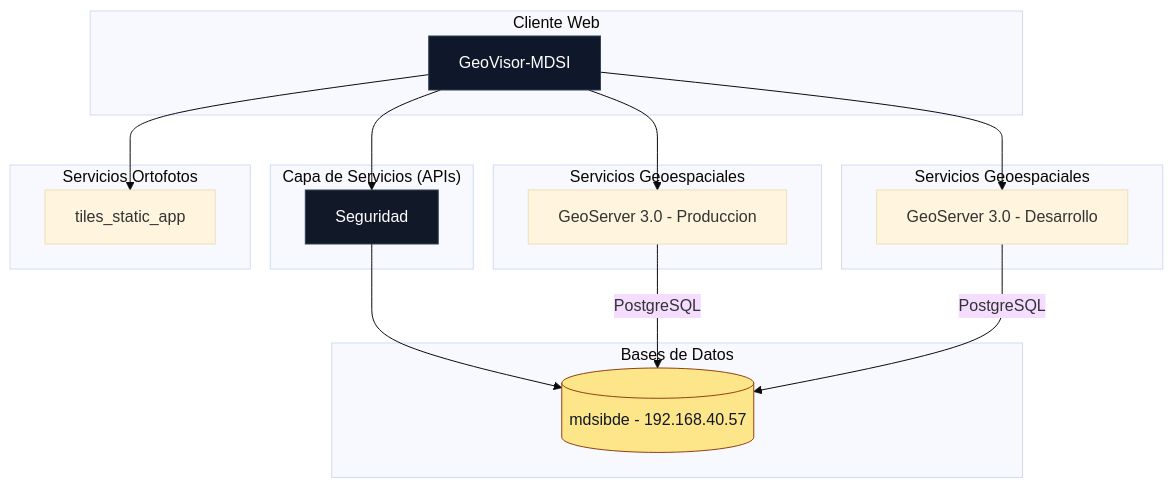
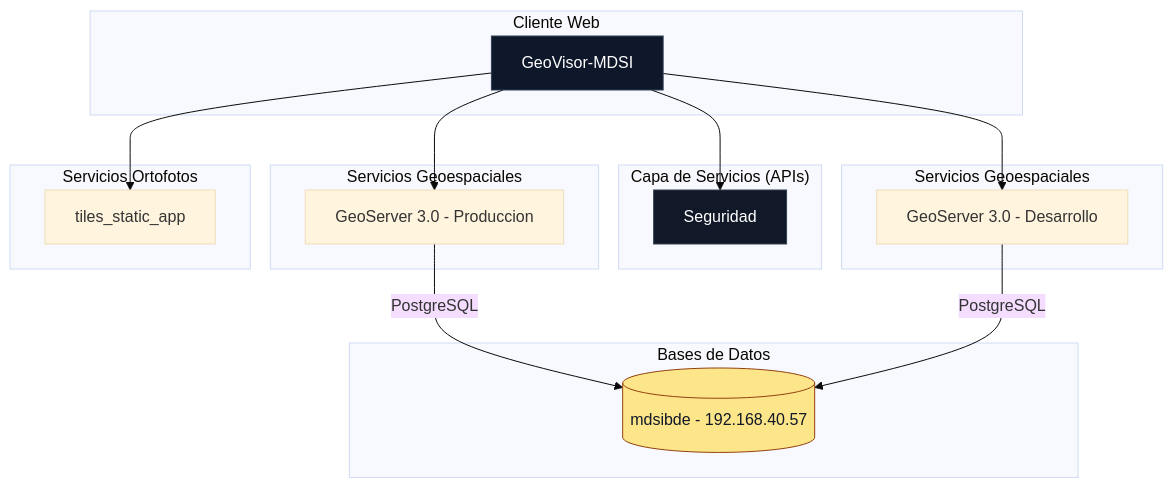
Before and after one commit to mdsigeovisor/geovisormdsi: the diagram in README.md, drawn with Mermaid (base theme).

````diff
--- a/README.md
+++ b/README.md
@@ -3,54 +3,51 @@
 ```mermaid
 graph TB
   %% =========================
   %% COMPONENTES
   %% =========================
   subgraph "Cliente Web"
     FRONT[GeoVisor-MDSI]
   end
 
   subgraph "Capa de Servicios (APIs)"
     AUTH[Seguridad]
   end
 
   subgraph "Bases de Datos"
     DB1[(mdsibde - 192.168.40.57)]
   end
   
   subgraph "Servicios Geoespaciales"
     GEOSERVER_PROD[GeoServer 3.0 - Produccion]
   end
 
   subgraph "Servicios Geoespaciales"
     GEOSERVER_DEV[GeoServer 3.0 - Desarrollo]
   end
 
   subgraph "Servicios Ortofotos"
     ORTOFOTOS[tiles_static_app]
   end
 
   %% =========================
   %% RELACIONES
   %% =========================
   FRONT --> AUTH
   FRONT --> GEOSERVER_PROD
   FRONT --> GEOSERVER_DEV
   FRONT --> ORTOFOTOS
   
-
-
-  AUTH --> DB1
   GEOSERVER_PROD -- "PostgreSQL" --> DB1
   GEOSERVER_DEV -- "PostgreSQL" --> DB1
 
   %% =========================
   %% ESTILOS
   %% =========================
   classDef front fill:#0f172a,stroke:#334155,stroke-width:1px,color:#fff;
   classDef service fill:#111827,stroke:#374151,stroke-width:1px,color:#fff;
   classDef db fill:#fde68a,stroke:#92400e,stroke-width:1px,color:#111827;
 
   class FRONT front;
   class AUTH,GEOSERVER service;
   class DB1 db;
 ```
````
